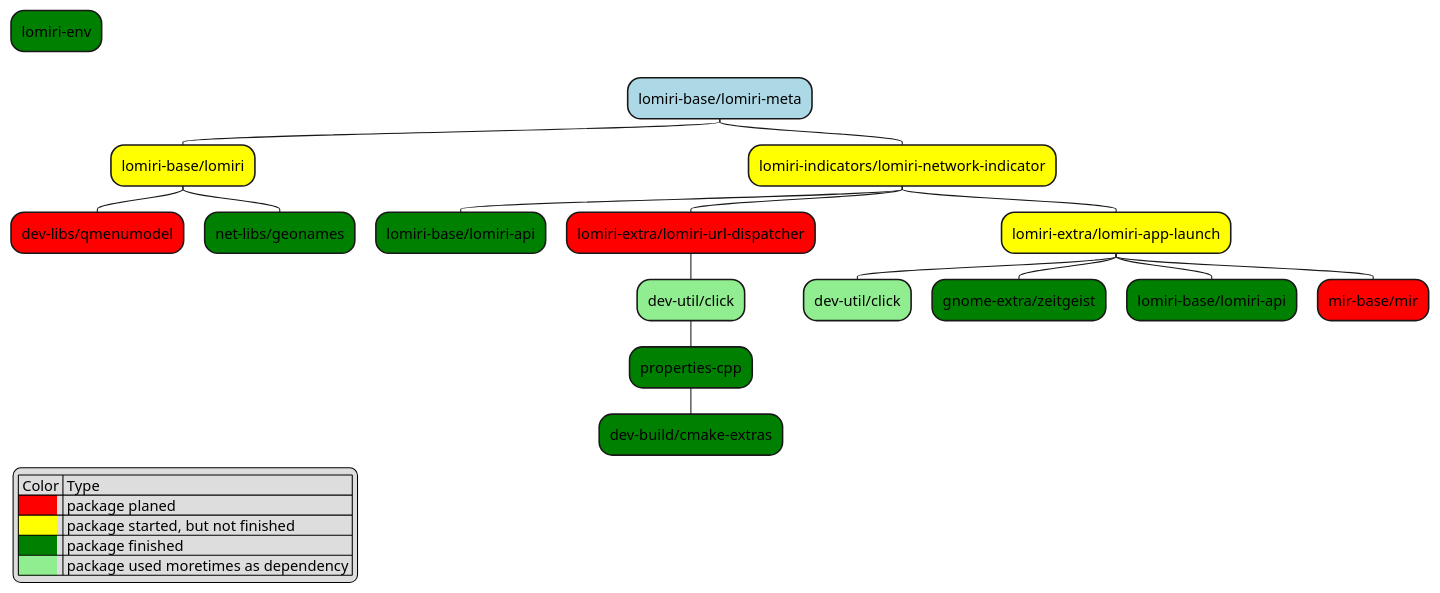
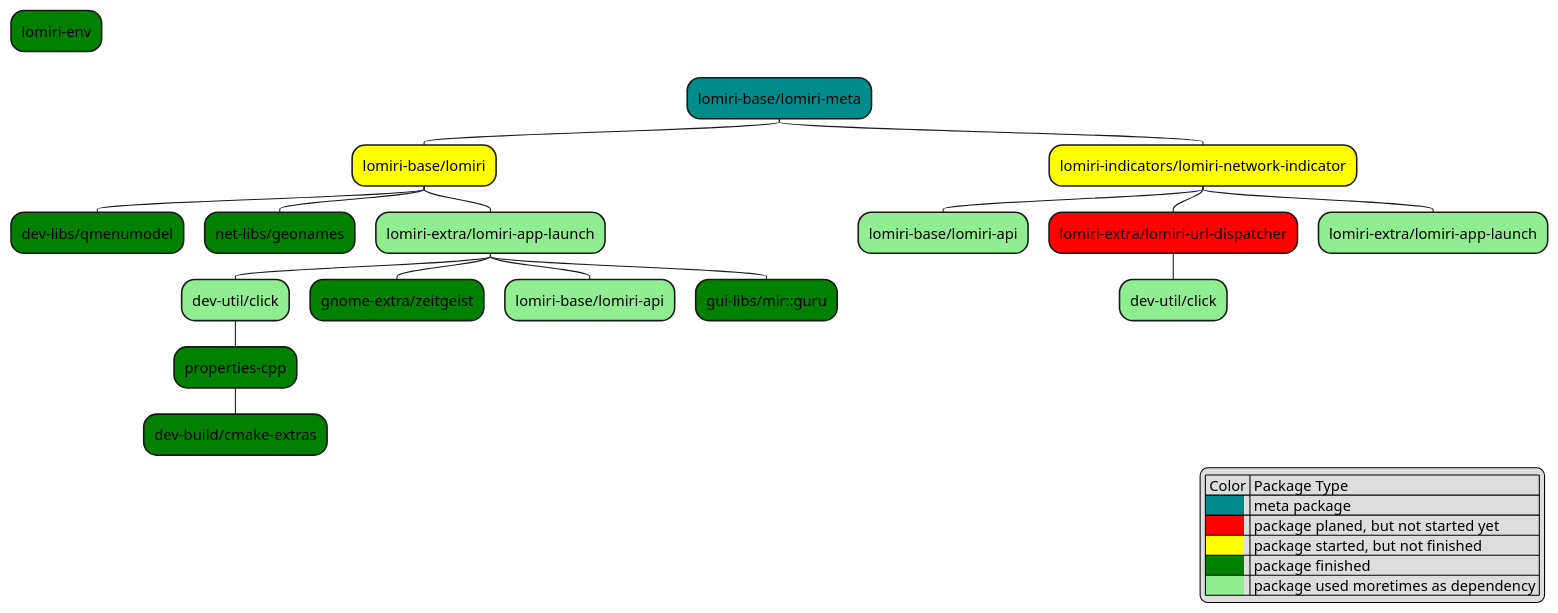
One commit to renegart/gentoo-lomiri changed the diagram in docs/lomiri-packages.plantuml. Above: the diagram before and after it, drawn with PlantUML. The commit also changed 6 other files, not shown here.

Commit message:
lomiri-extra/lomiri-app-launch: added missing dependencies

```diff
--- a/docs/lomiri-packages.plantuml
+++ b/docs/lomiri-packages.plantuml
@@ -1,27 +1,30 @@
 @startmindmap package dependencies
-legend left
-    | Color | Type |
-    |<back:red>          </back>| package planed|
+legend right
+    | Color | Package Type |
+    |<back:DarkCyan>          </back>| meta package|
+    |<back:red>          </back>| package planed, but not started yet|
     |<back:yellow>          </back>| package started, but not finished|
     |<back:green>          </back>| package finished|
     |<back:lightgreen>          </back>| package used moretimes as dependency |
 endlegend
 
 top to bottom direction
 *[#green] lomiri-env
-*[#lightblue] lomiri-base/lomiri-meta
+*[#DarkCyan] lomiri-base/lomiri-meta
   *[#yellow] lomiri-base/lomiri
-    *[#red] dev-libs/qmenumodel
+    *[#green] dev-libs/qmenumodel
     *[#green] net-libs/geonames
-  *[#yellow] lomiri-indicators/lomiri-network-indicator
-    *[#green] lomiri-base/lomiri-api
-    *[#red] lomiri-extra/lomiri-url-dispatcher
+    *[#lightgreen] lomiri-extra/lomiri-app-launch
       *[#lightgreen] dev-util/click
         *[#green] properties-cpp
           *[#green] dev-build/cmake-extras
-    *[#yellow] lomiri-extra/lomiri-app-launch
+      *[#green] gnome-extra/zeitgeist
+      *[#lightgreen] lomiri-base/lomiri-api
+      *[#green] gui-libs/mir::guru
+  *[#yellow] lomiri-indicators/lomiri-network-indicator
+    *[#lightgreen] lomiri-base/lomiri-api
+    *[#red] lomiri-extra/lomiri-url-dispatcher
       *[#lightgreen] dev-util/click
-      *[#green] gnome-extra/zeitgeist
-      *[#green] lomiri-base/lomiri-api
-      *[#red] mir-base/mir
+    *[#lightgreen] lomiri-extra/lomiri-app-launch
+
 @endmindmap
```
